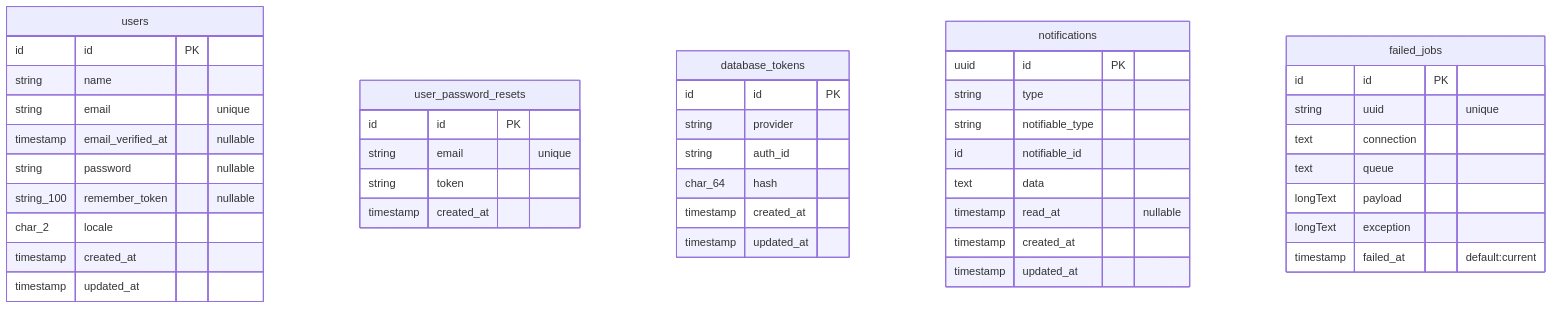
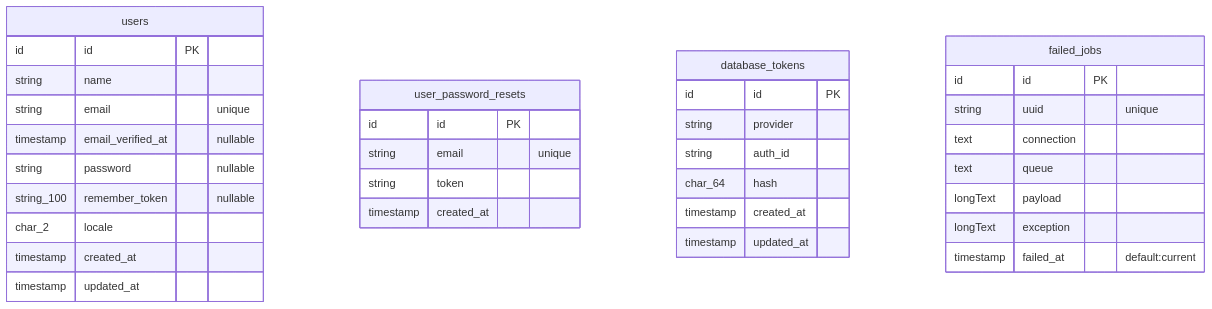
One commit to tomchochola/laratchi-boilerplate changed the diagram in docs/database_schema.md. Above: the diagram before and after it, drawn with Mermaid.

Commit message:
Drop notifications table use own implementation instead

````diff
--- a/docs/database_schema.md
+++ b/docs/database_schema.md
@@ -3,52 +3,41 @@
 ```mermaid
 erDiagram
 
 users {
   id id PK
   string name
   string email "unique"
   timestamp email_verified_at "nullable"
   string password "nullable"
   string_100 remember_token "nullable"
   char_2 locale
   timestamp created_at
   timestamp updated_at
 }
 
 user_password_resets {
   id id PK
   string email "unique"
   string token
   timestamp created_at
 }
 
 database_tokens {
   id id PK
   string provider
   string auth_id
   char_64 hash
   timestamp created_at
   timestamp updated_at
 }
 
-notifications {
-  uuid id PK
-  string type
-  string notifiable_type
-  id notifiable_id
-  text data
-  timestamp read_at "nullable"
-  timestamp created_at
-  timestamp updated_at
-}
-
 failed_jobs {
   id id PK
   string uuid "unique"
   text connection
   text queue
   longText payload
   longText exception
   timestamp failed_at "default:current"
 }
 ```
````
